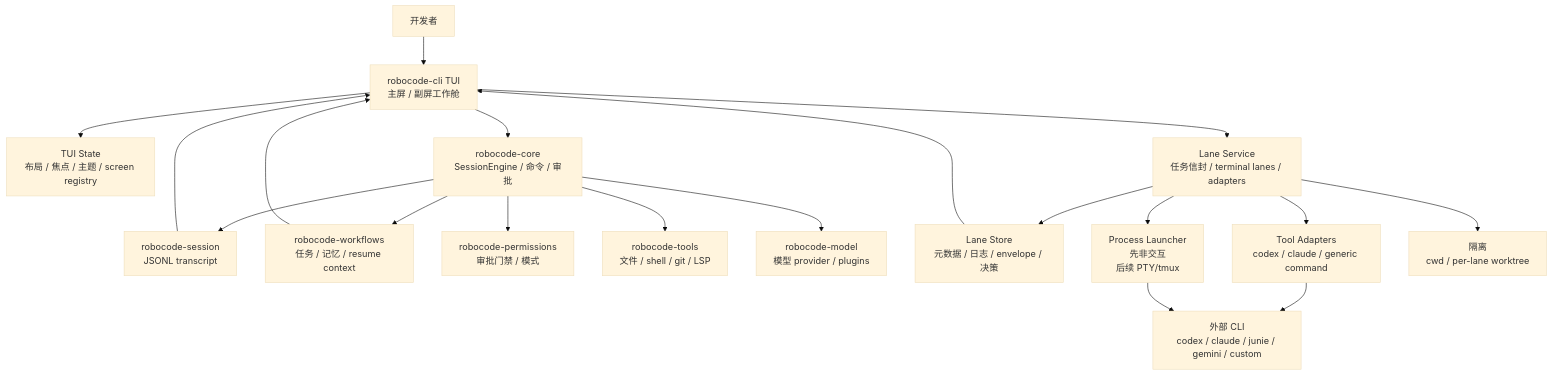
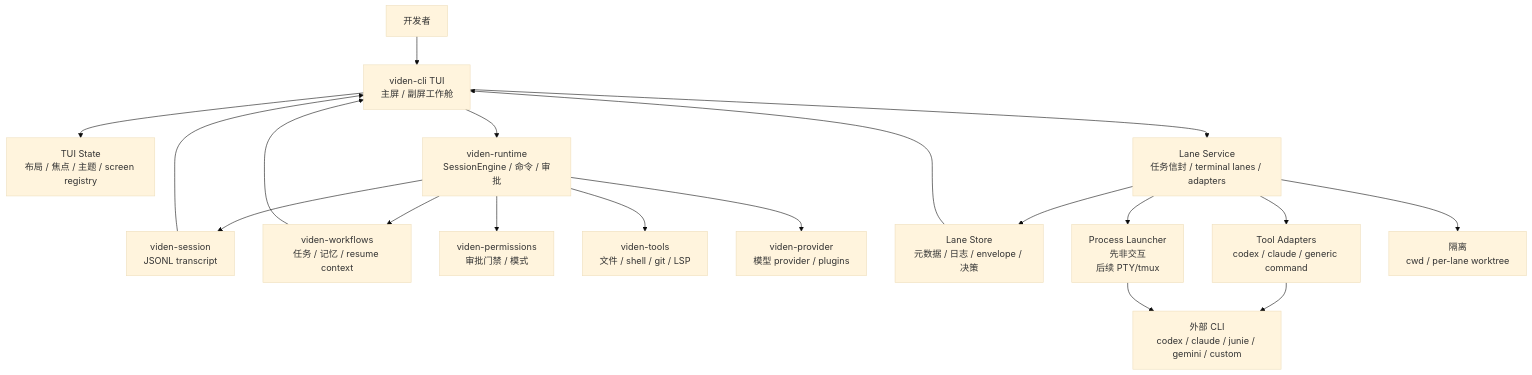
Before and after one commit to wikieden/robocode: the diagram in docs/tui-lane-architecture-plan.zh-CN.md, drawn with Mermaid (base theme). The commit also changed other lines of this file and 331 other files, not shown here.

Commit message:
refactor: reorganize workspace for viden plugins

````diff
--- a/docs/tui-lane-architecture-plan.zh-CN.md
+++ b/docs/tui-lane-architecture-plan.zh-CN.md
@@ -18,26 +18,26 @@
 ```mermaid
 flowchart TB
-    User["开发者"] --> TUI["robocode-cli TUI<br/>主屏 / 副屏工作舱"]
+    User["开发者"] --> TUI["viden-cli TUI<br/>主屏 / 副屏工作舱"]
 
     TUI --> TuiState["TUI State<br/>布局 / 焦点 / 主题 / screen registry"]
-    TUI --> Core["robocode-core<br/>SessionEngine / 命令 / 审批"]
+    TUI --> Core["viden-runtime<br/>SessionEngine / 命令 / 审批"]
     TUI --> LaneSvc["Lane Service<br/>任务信封 / terminal lanes / adapters"]
 
-    Core --> Transcript["robocode-session<br/>JSONL transcript"]
-    Core --> Workflows["robocode-workflows<br/>任务 / 记忆 / resume context"]
-    Core --> Permissions["robocode-permissions<br/>审批门禁 / 模式"]
-    Core --> Tools["robocode-tools<br/>文件 / shell / git / LSP"]
-    Core --> Providers["robocode-model<br/>模型 provider / plugins"]
+    Core --> Transcript["viden-session<br/>JSONL transcript"]
+    Core --> Workflows["viden-workflows<br/>任务 / 记忆 / resume context"]
+    Core --> Permissions["viden-permissions<br/>审批门禁 / 模式"]
+    Core --> Tools["viden-tools<br/>文件 / shell / git / LSP"]
+    Core --> Providers["viden-provider<br/>模型 provider / plugins"]
 
     LaneSvc --> LaneStore["Lane Store<br/>元数据 / 日志 / envelope / 决策"]
     LaneSvc --> Adapters["Tool Adapters<br/>codex / claude / generic command"]
     LaneSvc --> Launcher["Process Launcher<br/>先非交互<br/>后续 PTY/tmux"]
     LaneSvc --> Isolation["隔离<br/>cwd / per-lane worktree"]
 
     Adapters --> External["外部 CLI<br/>codex / claude / junie / gemini / custom"]
     Launcher --> External
 
     LaneStore --> TUI
     Transcript --> TUI
     Workflows --> TUI
 ```
````
